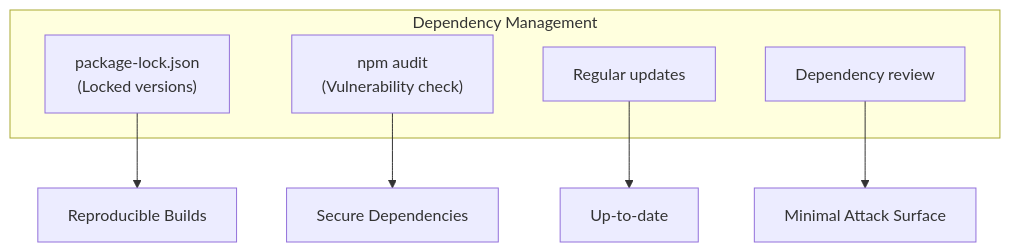
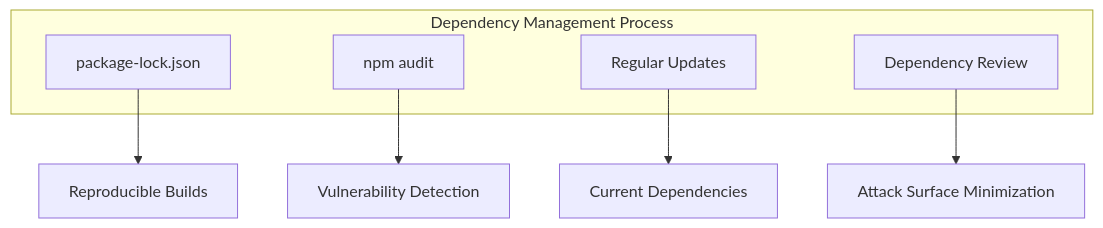
One commit to WSO2-G02/salon-booking-frontend-dev changed the sixth of 9 diagrams in docs/SECURITY.md. Above: the diagram before and after it, drawn with Mermaid. The commit also changed other lines of this file and 2 other files, not shown here.

````diff
--- a/docs/SECURITY.md
+++ b/docs/SECURITY.md
@@ -143,14 +137,14 @@
 ```mermaid
 flowchart TB
-    subgraph Process["Dependency Management"]
-        lockfile["package-lock.json\n(Locked versions)"]
-        audit["npm audit\n(Vulnerability check)"]
-        update["Regular updates"]
-        review["Dependency review"]
+    subgraph DependencyManagement["Dependency Management Process"]
+        lockfile["package-lock.json"]
+        audit["npm audit"]
+        update["Regular Updates"]
+        review["Dependency Review"]
     end
     
     lockfile --> reproducible["Reproducible Builds"]
-    audit --> secure["Secure Dependencies"]
-    update --> current["Up-to-date"]
-    review --> minimal["Minimal Attack Surface"]
+    audit --> secure["Vulnerability Detection"]
+    update --> current["Current Dependencies"]
+    review --> minimal["Attack Surface Minimization"]
 ```
````
